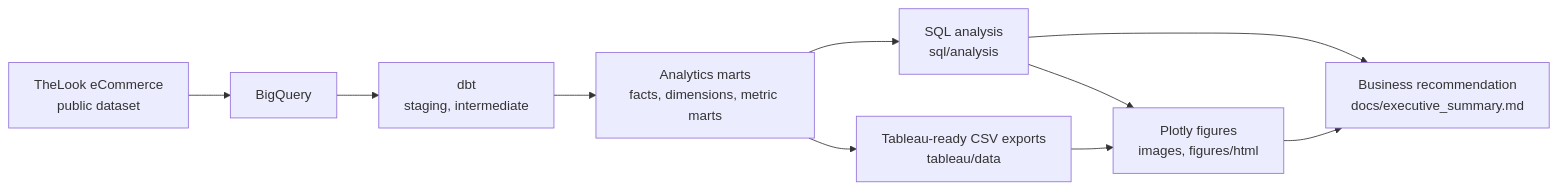
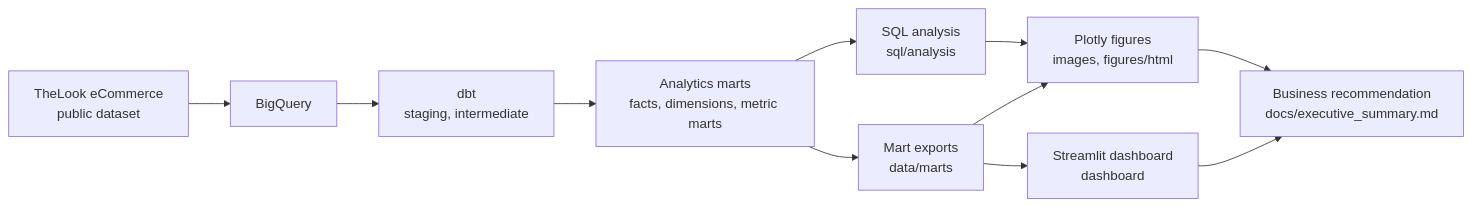
The first of 2 diagrams in docs/architecture.md (kinjalbagal/ecommerce-customer-revenue-analytics), drawn with Mermaid before and after one commit. The commit also changed other lines of this file and 6 other files, not shown here.

````diff
--- a/docs/architecture.md
+++ b/docs/architecture.md
@@ -5,12 +5,13 @@
 ```mermaid
 flowchart LR
     A[TheLook eCommerce<br/>public dataset] --> B[BigQuery]
     B --> C[dbt<br/>staging, intermediate]
     C --> D[Analytics marts<br/>facts, dimensions, metric marts]
     D --> E[SQL analysis<br/>sql/analysis]
-    D --> F[Tableau-ready CSV exports<br/>tableau/data]
+    D --> F[Mart exports<br/>data/marts]
     E --> G[Plotly figures<br/>images, figures/html]
     F --> G
-    E --> H[Business recommendation<br/>docs/executive_summary.md]
-    G --> H
+    F --> I[Streamlit dashboard<br/>dashboard]
+    G --> H[Business recommendation<br/>docs/executive_summary.md]
+    I --> H
 ```
````
